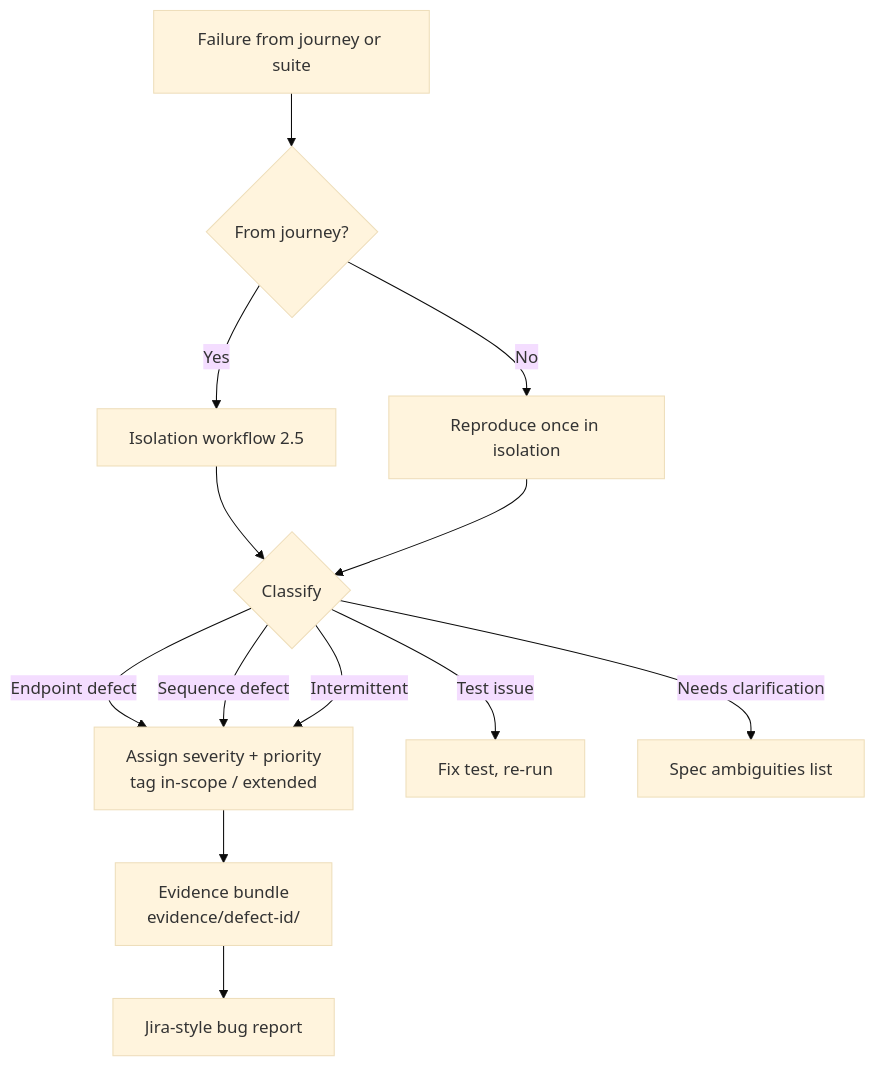
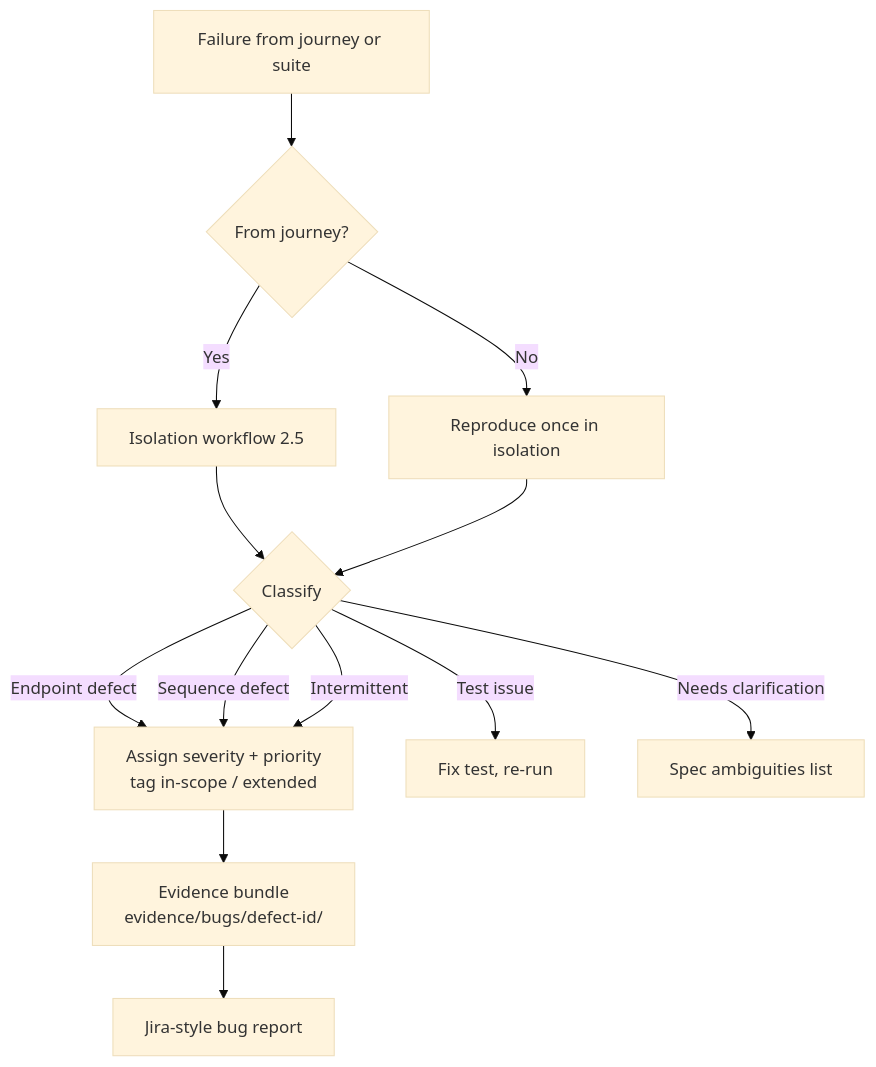
One commit to kazes5/paraBank changed the tenth of 13 diagrams in plan.md. Above: the diagram before and after it, drawn with Mermaid (base theme). The commit also changed other lines of this file and 48 other files, not shown here.

````diff
--- a/plan.md
+++ b/plan.md
@@ -599,15 +645,15 @@
 ```mermaid
 flowchart TD
     F[Failure from journey or suite] --> SRC{From journey?}
     SRC -- Yes --> ISO[Isolation workflow 2.5]
     SRC -- No --> REP[Reproduce once in isolation]
     ISO --> CL
     REP --> CL{Classify}
     CL -- Endpoint defect --> SEV
     CL -- Sequence defect --> SEV
     CL -- Intermittent --> SEV
     CL -- Test issue --> FIX[Fix test, re-run]
     CL -- Needs clarification --> Q[Spec ambiguities list]
-    SEV["Assign severity + priority<br/>tag in-scope / extended"] --> EV["Evidence bundle<br/>evidence/defect-id/"]
+    SEV["Assign severity + priority<br/>tag in-scope / extended"] --> EV["Evidence bundle<br/>evidence/bugs/defect-id/"]
     EV --> BUG[Jira-style bug report]
 ```
````
